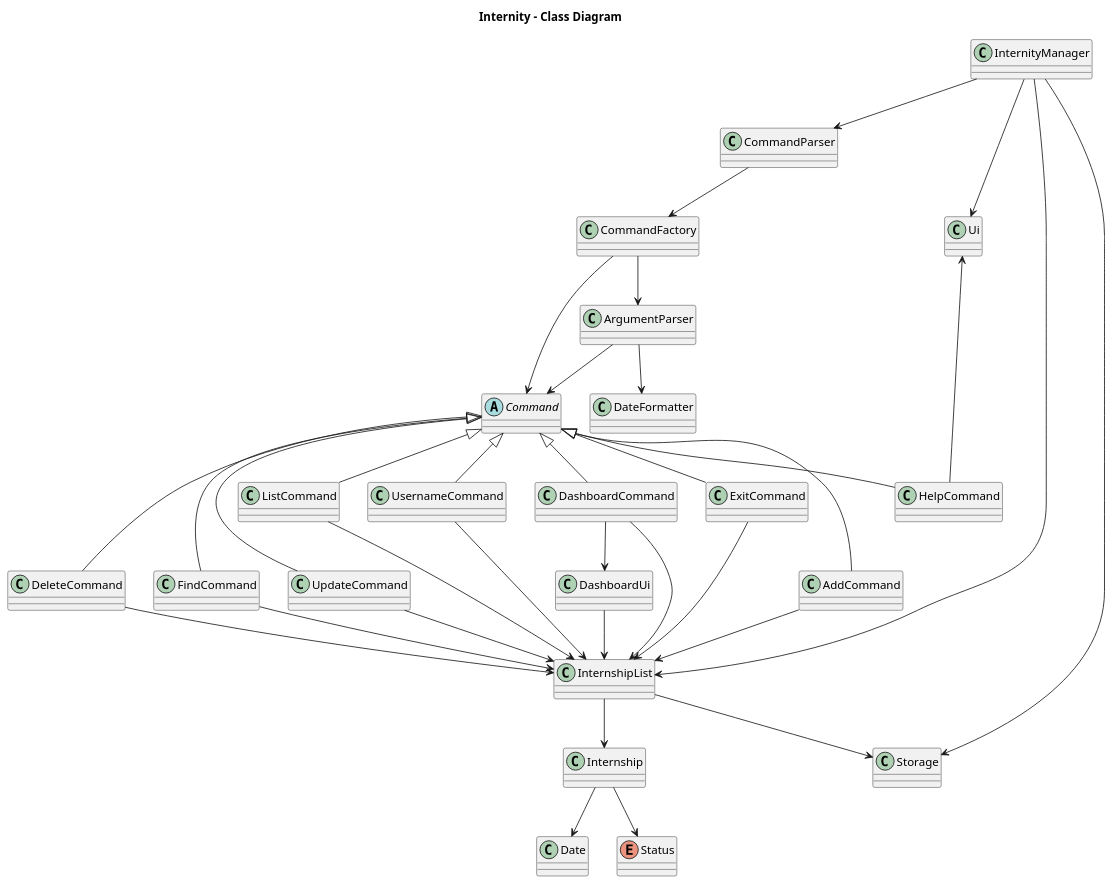
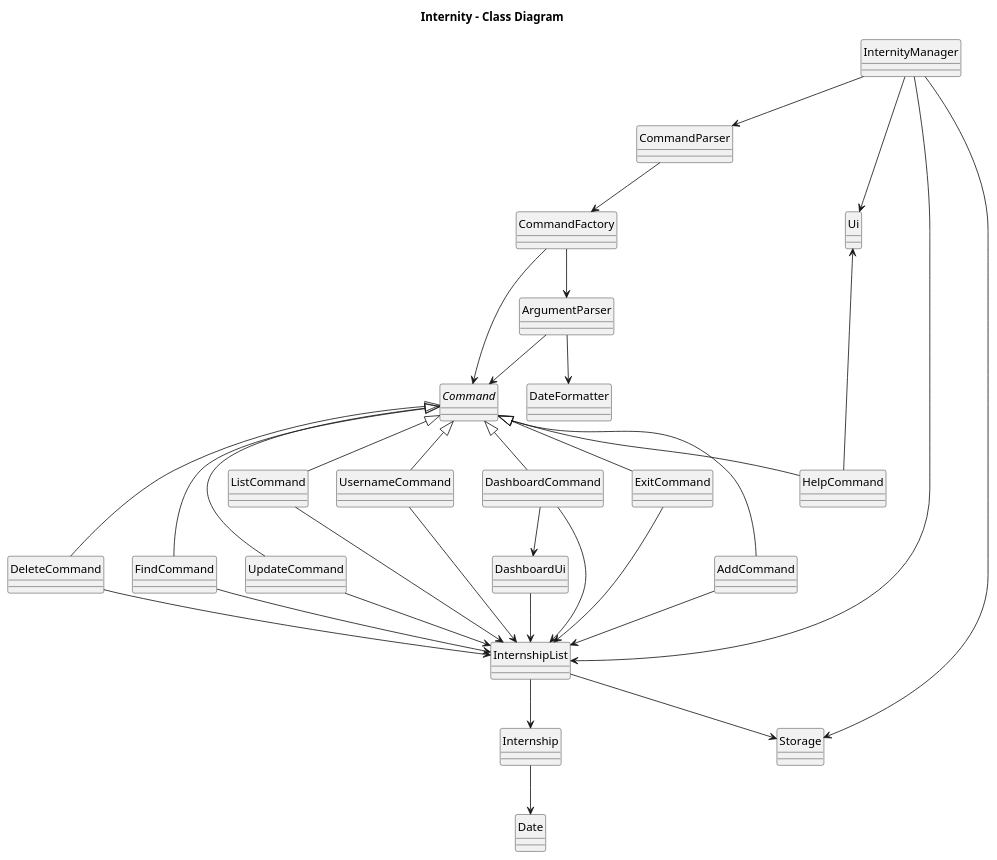
One commit to AY2526S1-CS2113-W14-4/tp changed the diagram in docs/diagrams/InternityCD.puml. Above: the diagram before and after it, drawn with PlantUML. The commit also changed 9 other files, not shown here.

Commit message:
Update diagrams

```diff
--- a/docs/diagrams/InternityCD.puml
+++ b/docs/diagrams/InternityCD.puml
@@ -1,87 +1,87 @@
-@startuml@startuml
+@startuml
+hide circle
+
 title Internity - Class Diagram
 
 ' === Core Controller ===
 class InternityManager
 
 ' === Logic Layer ===
 class CommandParser
 class CommandFactory
 abstract class Command
 class AddCommand
 class DeleteCommand
 class FindCommand
 class UpdateCommand
 class ListCommand
 class UsernameCommand
 class DashboardCommand
 class HelpCommand
 class ExitCommand
 class ArgumentParser
 
 ' === Model Layer ===
 class InternshipList
 class Internship
 class Storage
 class Date
-enum Status
 
 ' === UI Layer ===
 class Ui
 class DashboardUi
 
 ' === Utilities ===
 class DateFormatter
 
 ' === Relationships ===
 InternityManager --> CommandParser
 InternityManager --> InternshipList
 InternityManager --> Storage
 InternityManager --> Ui
 
 CommandParser --> CommandFactory
 CommandFactory --> ArgumentParser
 CommandFactory --> Command
 ArgumentParser --> Command
 
 ' Command hierarchy
 Command <|-- AddCommand
 Command <|-- DeleteCommand
 Command <|-- FindCommand
 Command <|-- UpdateCommand
 Command <|-- ListCommand
 Command <|-- UsernameCommand
 Command <|-- DashboardCommand
 Command <|-- HelpCommand
 Command <|-- ExitCommand
 
 ' All commands interact with InternshipList
 AddCommand --> InternshipList
 DeleteCommand --> InternshipList
 FindCommand --> InternshipList
 UpdateCommand --> InternshipList
 ListCommand --> InternshipList
 UsernameCommand --> InternshipList
 DashboardCommand --> InternshipList
 ExitCommand --> InternshipList
 
 ' Dashboard uses DashboardUi
 DashboardCommand --> DashboardUi
 
 ' Help uses Ui
 HelpCommand -up-> Ui
 
 ' force helpcommand to be there
 HelpCommand -left[hidden]-> ExitCommand
 
 ' InternshipList relationships
 InternshipList --> Storage
 InternshipList --> Internship
 Internship --> Date
-Internship --> Status
 DashboardUi --> InternshipList
 
 ' ArgumentParser uses DateFormatter
 ArgumentParser --> DateFormatter
 
 @enduml
```
